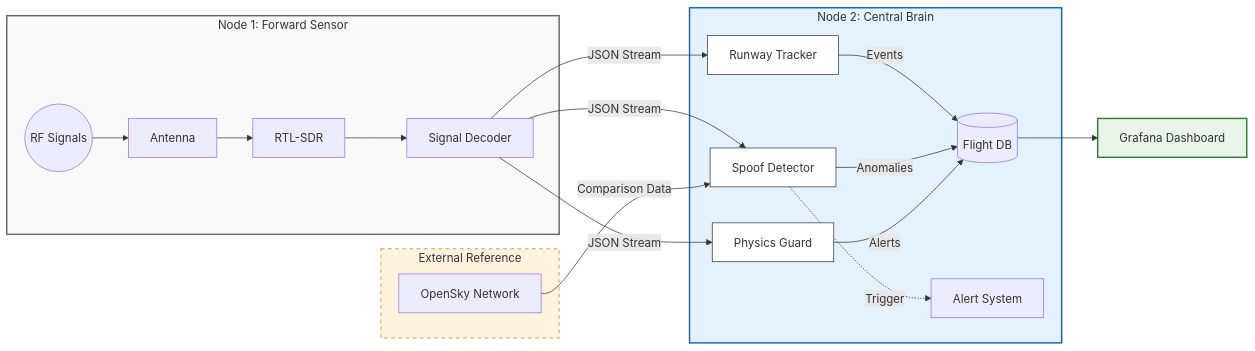
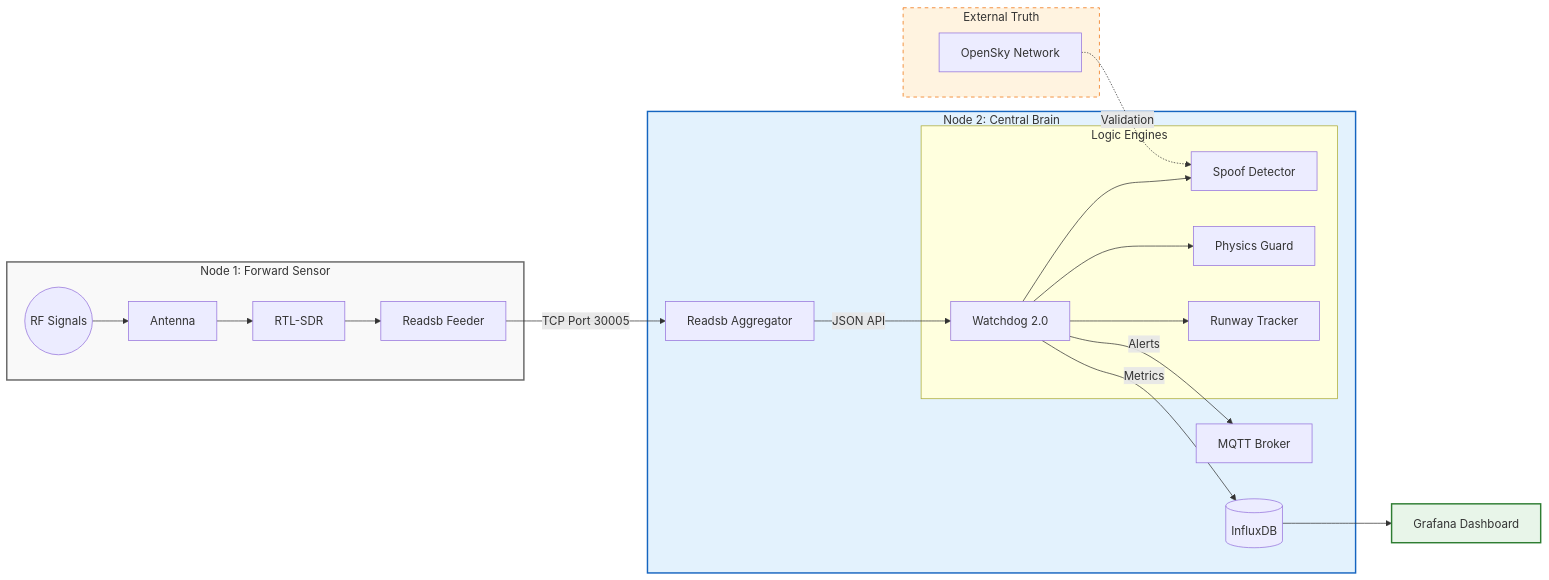
The diagram in README.md (rwiren/central-brain), drawn with Mermaid before and after one commit. The commit also changed other lines of this file, not shown here.

Commit message:
Docs: Update README with coverage map and validation table

````diff
--- a/README.md
+++ b/README.md
@@ -37,40 +64,39 @@
 ```mermaid
 graph LR
     %% 1. Sensing Layer (RPi 4)
     subgraph SENSOR [Node 1: Forward Sensor]
         AIR((RF Signals)) --> ANT[Antenna]
         ANT --> SDR[RTL-SDR]
-        SDR --> READSB[Signal Decoder]
+        SDR --> FEEDER[Readsb Feeder]
     end
 
     %% 2. Intelligence Layer (RPi 5)
     subgraph BRAIN [Node 2: Central Brain]
-        READSB -->|JSON Stream| TRACKER[Runway Tracker]
-        READSB -->|JSON Stream| SPOOF[Spoof Detector]
-        READSB -->|JSON Stream| GUARD[Physics Guard]
+        FEEDER -->|TCP Port 30005| AGG[Readsb Aggregator]
+        AGG -->|JSON API| WATCH[Watchdog 2.0]
         
-        TRACKER -->|Events| DB[(Flight DB)]
-        SPOOF -->|Anomalies| DB
-        GUARD -->|Alerts| DB
+        WATCH -->|Metrics| DB[(InfluxDB)]
+        WATCH -->|Alerts| MQTT[MQTT Broker]
         
-        SPOOF -.->|Trigger| ALERT[Alert System]
+        subgraph AI_MODULES [Logic Engines]
+            WATCH --> TRACK[Runway Tracker]
+            WATCH --> GUARD[Physics Guard]
+            WATCH --> SPOOF[Spoof Detector]
+        end
     end
 
     %% 3. Validation Layer (Cloud)
-    subgraph CLOUD [External Reference]
+    subgraph CLOUD [External Truth]
         OPENSKY[OpenSky Network]
     end
 
     %% 4. Viz Layer
-    OPENSKY -->|Comparison Data| SPOOF
+    OPENSKY -.->|Validation| SPOOF
     DB --> DASH[Grafana Dashboard]
 
     %% Styling
     style SENSOR fill:#f9f9f9,stroke:#666,stroke-width:2px
     style BRAIN fill:#e3f2fd,stroke:#1565c0,stroke-width:2px
     style CLOUD fill:#fff3e0,stroke:#ef6c00,stroke-dasharray: 5 5
     style DASH fill:#e8f5e9,stroke:#2e7d32,stroke-width:2px
-    style TRACKER fill:#fff,stroke:#333
-    style SPOOF fill:#fff,stroke:#333
-    style GUARD fill:#fff,stroke:#333
 ```
````
